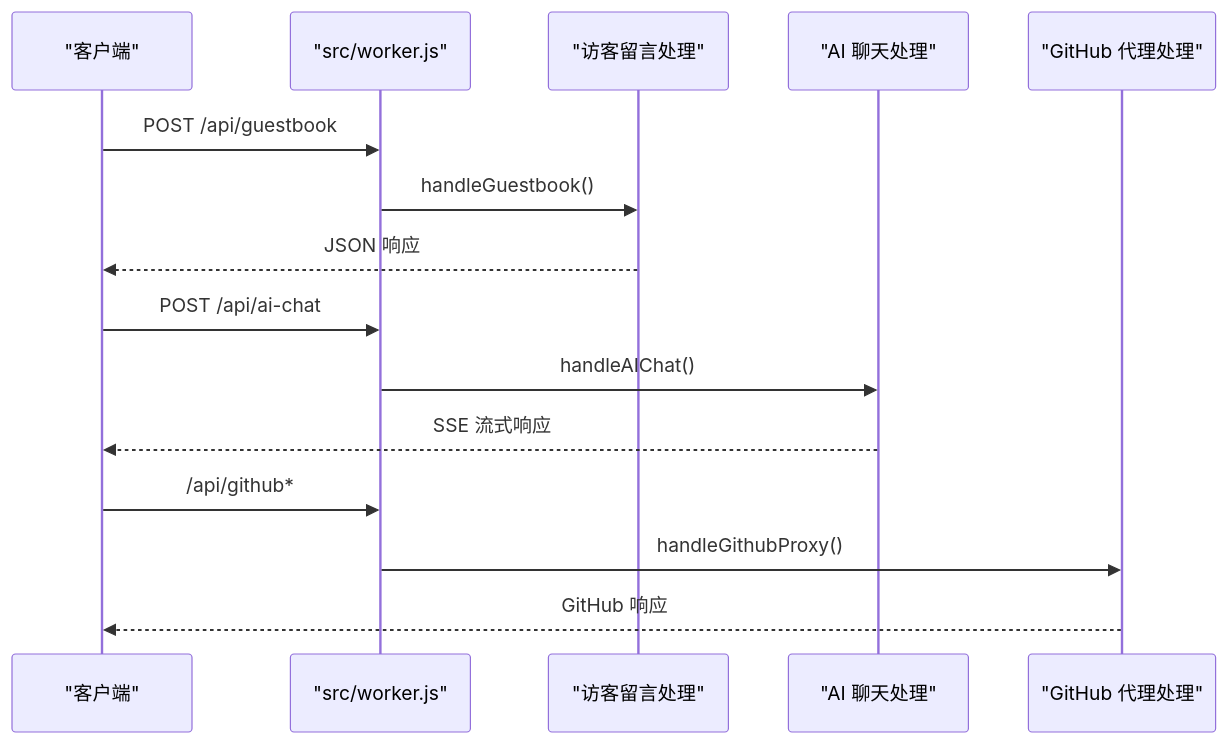
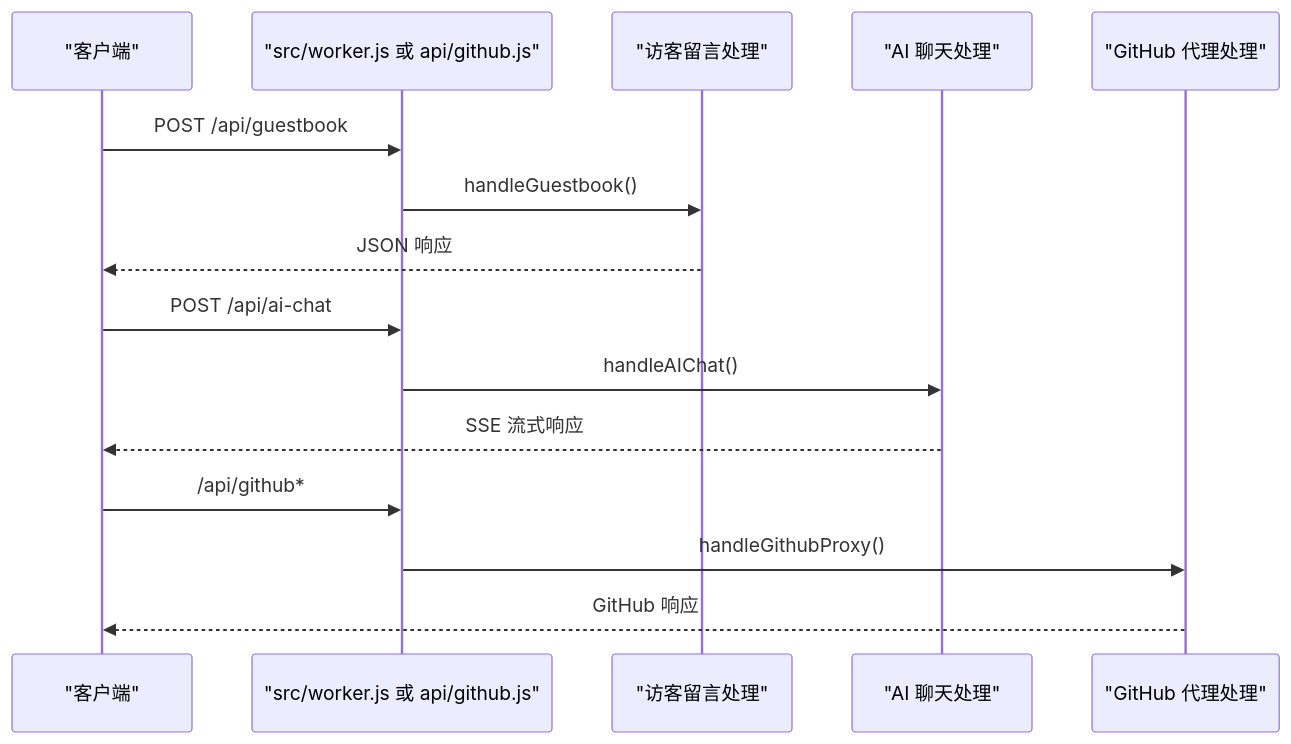
One commit to olx2990684400-sketch/olx-my-blog changed the fifth of 6 diagrams in .qoder/repowiki/zh/content/构建与部署/部署平台配置.md. Above: the diagram before and after it, drawn with Mermaid. The commit also changed other lines of this file and 74 other files, not shown here.

````diff
--- a/.qoder/repowiki/zh/content/构建与部署/部署平台配置.md
+++ b/.qoder/repowiki/zh/content/构建与部署/部署平台配置.md
@@ -259,17 +276,17 @@
 ```mermaid
 sequenceDiagram
 participant C as "客户端"
-participant W as "src/worker.js"
+participant W as "src/worker.js 或 api/github.js"
 participant GB as "访客留言处理"
 participant AI as "AI 聊天处理"
 participant GH as "GitHub 代理处理"
 C->>W : POST /api/guestbook
 W->>GB : handleGuestbook()
 GB-->>C : JSON 响应
 C->>W : POST /api/ai-chat
 W->>AI : handleAIChat()
 AI-->>C : SSE 流式响应
 C->>W : /api/github*
 W->>GH : handleGithubProxy()
 GH-->>C : GitHub 响应
 ```
````
